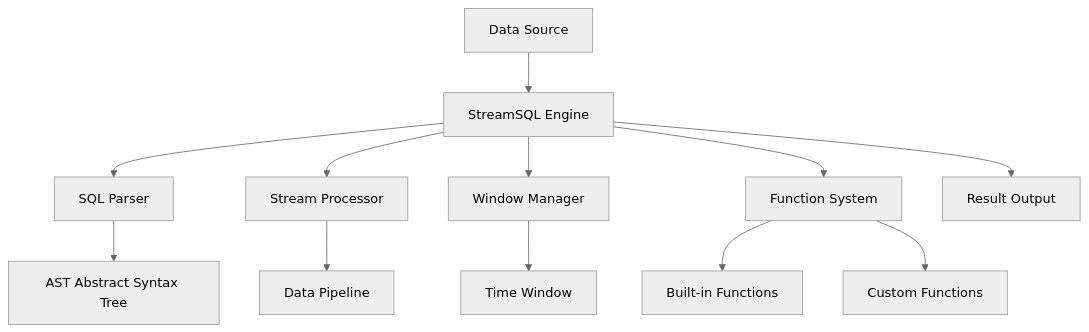
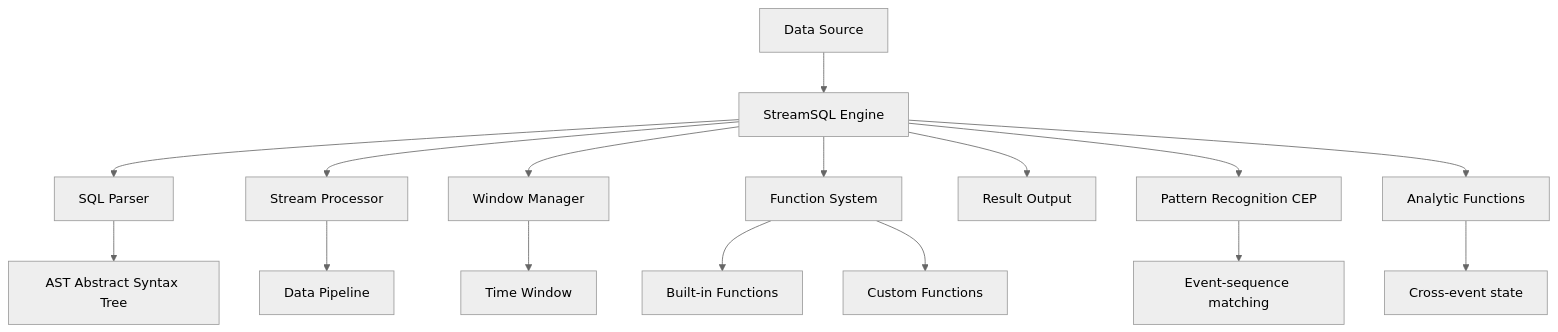
One commit to rulego/rulego-doc changed the diagram in docs/en/20.StreamSQL/01.overview.md. Above: the diagram before and after it, drawn with Mermaid (neutral theme). The commit also changed other lines of this file and 5 other files, not shown here.

Commit message:
docs(StreamSQL): 概述补性能基准、CEP 场景，架构图加 CEP/分析节点

````diff
--- a/docs/en/20.StreamSQL/01.overview.md
+++ b/docs/en/20.StreamSQL/01.overview.md
@@ -46,15 +46,19 @@
 ```mermaid
 graph TB
     A[Data Source] --> B[StreamSQL Engine]
     B --> C[SQL Parser]
     B --> D[Stream Processor]
     B --> E[Window Manager]
     B --> F[Function System]
     B --> G[Result Output]
+    B --> M[Pattern Recognition CEP]
+    B --> N[Analytic Functions]
     
     C --> H[AST Abstract Syntax Tree]
     D --> I[Data Pipeline]
     E --> J[Time Window]
     F --> K[Built-in Functions]
     F --> L[Custom Functions]
+    M --> O[Event-sequence matching]
+    N --> P[Cross-event state]
 ```
````
